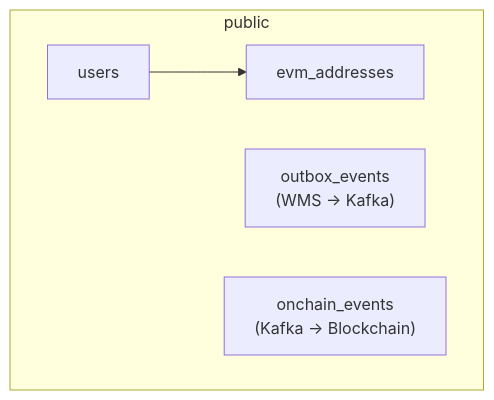
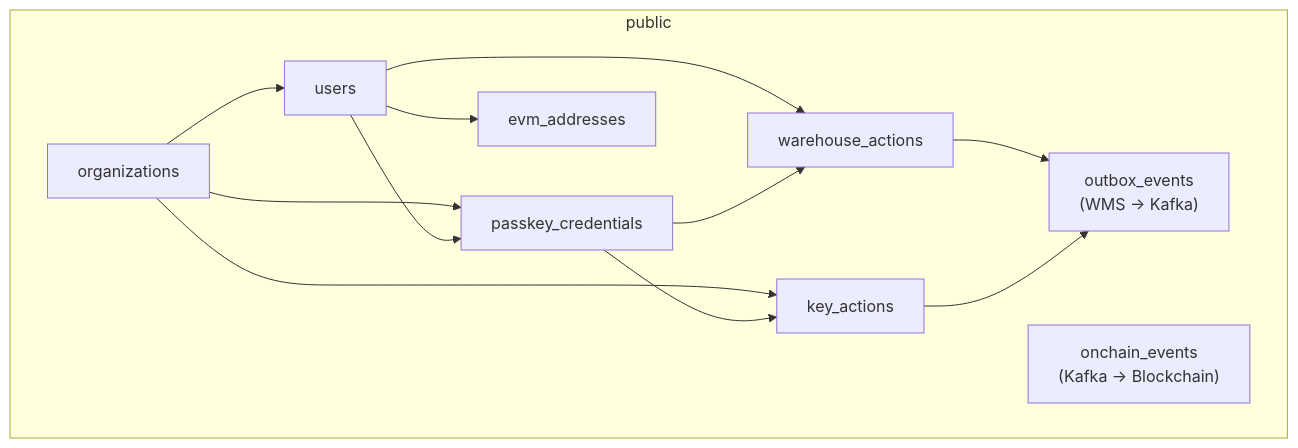
One commit to oglenyaboss/avalanche-wms changed the fourth of 4 diagrams in docs/data-model/er-diagram.md. Above: the diagram before and after it, drawn with Mermaid. The commit also changed other lines of this file and 10 other files, not shown here.

````diff
--- a/docs/data-model/er-diagram.md
+++ b/docs/data-model/er-diagram.md
@@ -342,8 +401,17 @@
 ```mermaid
 graph TD
     subgraph public_schema["public"]
+        organizations --> users
+        organizations --> passkey_credentials
+        organizations --> key_actions
+        users --> passkey_credentials
         users --> evm_addresses
+        users --> warehouse_actions
+        passkey_credentials --> warehouse_actions
+        passkey_credentials --> key_actions
+        warehouse_actions --> outbox_events
+        key_actions --> outbox_events
         outbox_events["outbox_events\n(WMS → Kafka)"]
         onchain_events["onchain_events\n(Kafka → Blockchain)"]
     end
 ```
````
